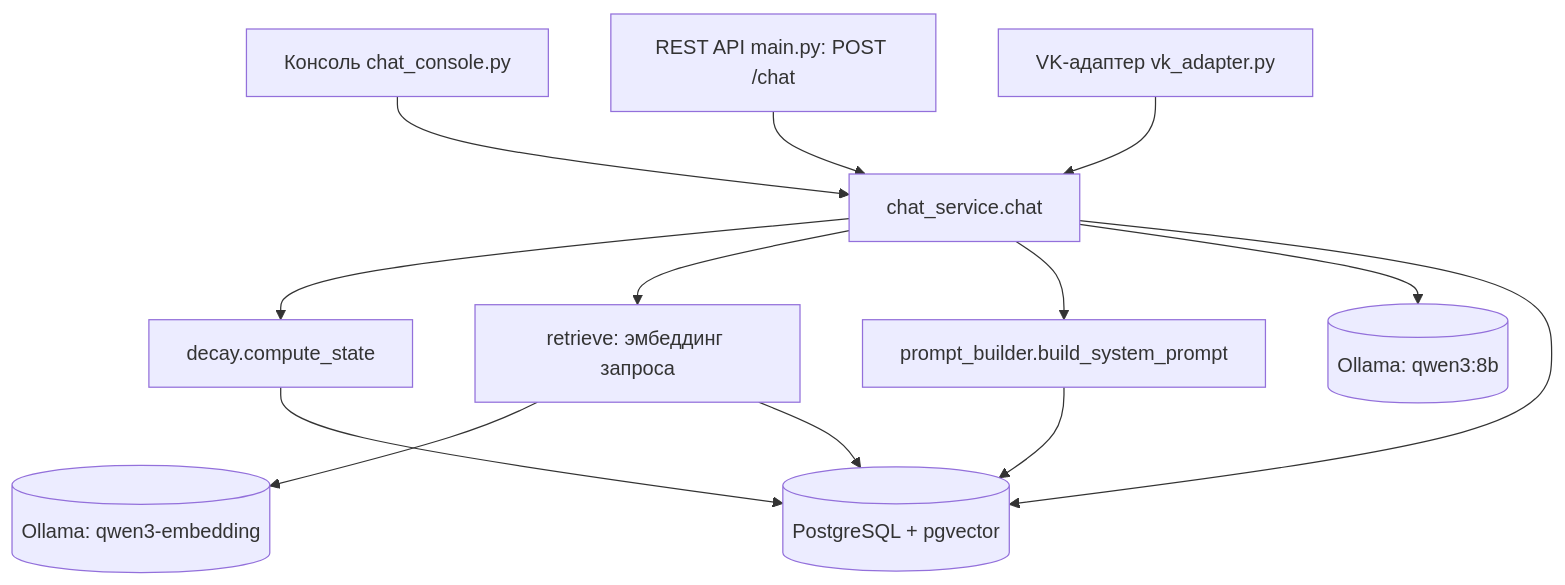
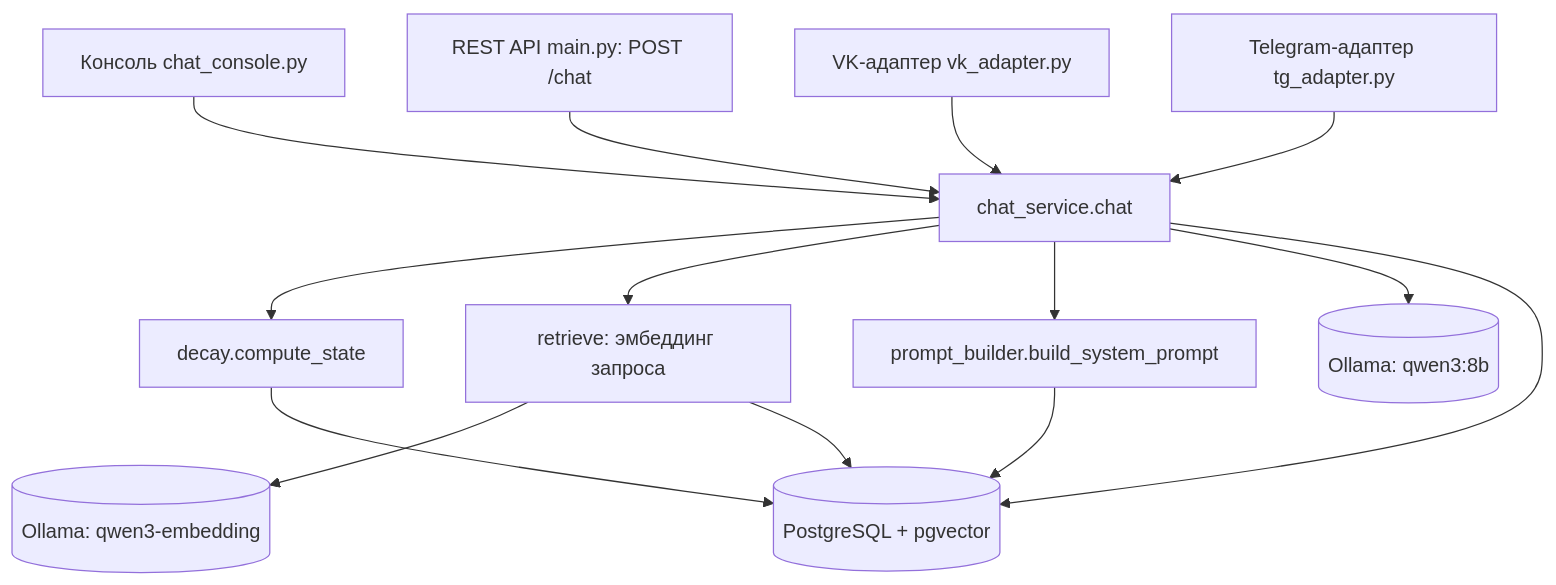
The diagram in docs/Spec_as_built_digital_twin.md (Dolgoddrod007/digital-twin), drawn with Mermaid before and after one commit. The commit also changed other lines of this file and 12 other files, not shown here.

````diff
--- a/docs/Spec_as_built_digital_twin.md
+++ b/docs/Spec_as_built_digital_twin.md
@@ -49,15 +52,16 @@
 ```mermaid
 flowchart TD
     K[Консоль chat_console.py] --> C
     A[REST API main.py: POST /chat] --> C
     V[VK-адаптер vk_adapter.py] --> C
+    T[Telegram-адаптер tg_adapter.py] --> C
     C[chat_service.chat] --> S[decay.compute_state]
     C --> R[retrieve: эмбеддинг запроса]
     C --> P[prompt_builder.build_system_prompt]
     R --> O[(Ollama: qwen3-embedding)]
     C --> M[(Ollama: qwen3:8b)]
     S --> DB[(PostgreSQL + pgvector)]
     R --> DB
     P --> DB
     C --> DB
 ```
````
